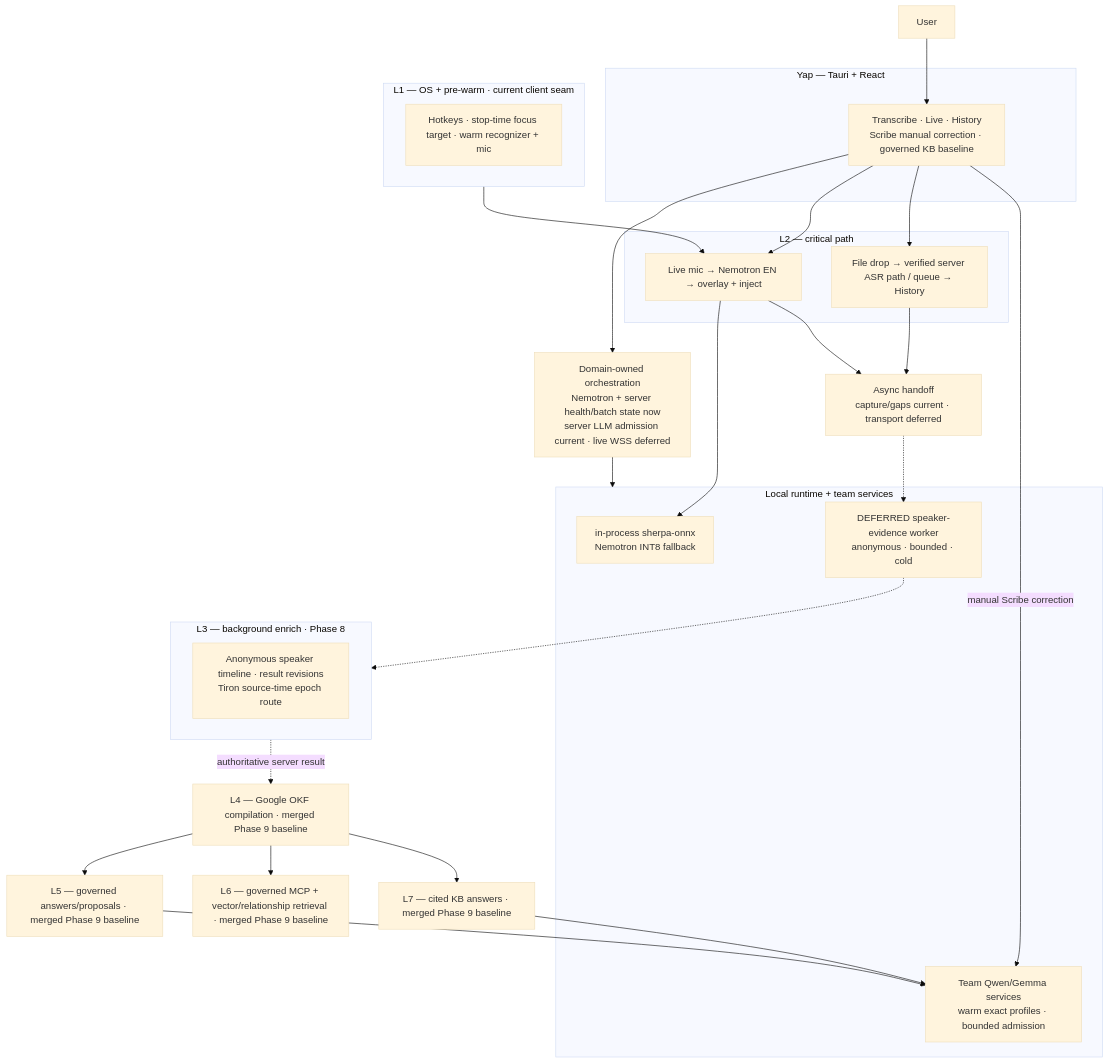
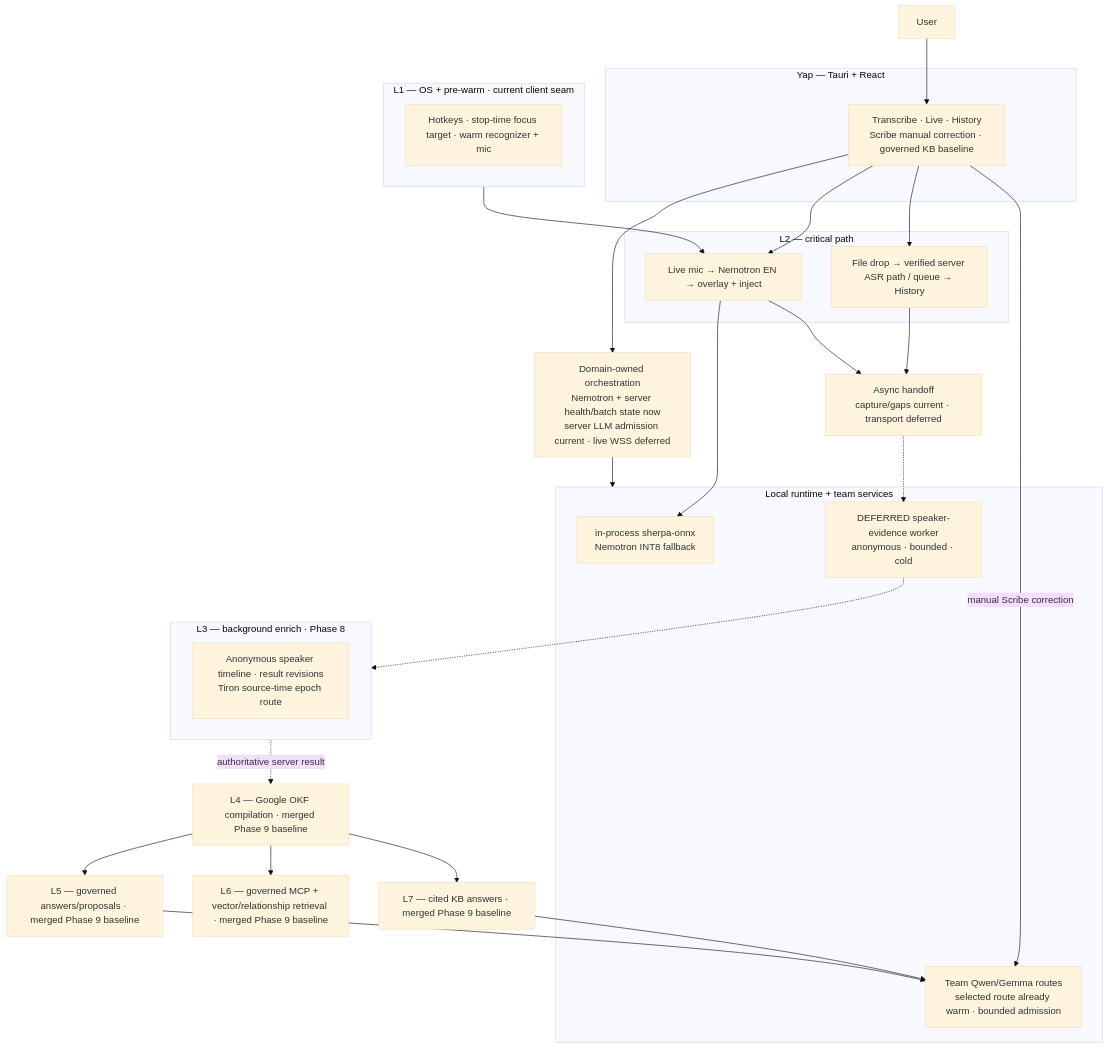
One commit to ZoOtMcNoOt/yap changed the first of 4 diagrams in docs/VOICE-OS-ARCHITECTURE.md. Above: the diagram before and after it, drawn with Mermaid (base theme). The commit also changed other lines of this file and 24 other files, not shown here.

````diff
--- a/docs/VOICE-OS-ARCHITECTURE.md
+++ b/docs/VOICE-OS-ARCHITECTURE.md
@@ -128,52 +128,52 @@
 ```mermaid
 flowchart TB
     User["User"]
 
     subgraph Yap["Yap — Tauri + React"]
         UI["Transcribe · Live · History<br/>Scribe manual correction · governed KB baseline"]
     end
 
     Orch["Domain-owned orchestration<br/>Nemotron + server health/batch state now<br/>server LLM admission current · live WSS deferred"]
 
     subgraph Sidecars["Local runtime + team services"]
         CR["in-process sherpa-onnx<br/>Nemotron INT8 fallback"]
-        LL["Team Qwen/Gemma services<br/>warm exact profiles · bounded admission"]
+        LL["Team Qwen/Gemma routes<br/>selected route already warm · bounded admission"]
         KW["DEFERRED speaker-evidence worker<br/>anonymous · bounded · cold"]
     end
 
     subgraph L1["L1 — OS + pre-warm · current client seam"]
         L1n["Hotkeys · stop-time focus target · warm recognizer + mic"]
     end
 
     subgraph L2["L2 — critical path"]
         Live["Live mic → Nemotron EN → overlay + inject"]
         Batch["File drop → verified server ASR path / queue → History"]
     end
 
     Handoff["Async handoff<br/>capture/gaps current · transport deferred"]
 
     subgraph L3["L3 — background enrich · Phase 8"]
         L3n["Anonymous speaker timeline · result revisions<br/>Tiron source-time epoch route"]
     end
 
     L4["L4 — Google OKF compilation · merged Phase 9 baseline"]
     L5["L5 — governed answers/proposals · merged Phase 9 baseline"]
     L6["L6 — governed MCP + vector/relationship retrieval · merged Phase 9 baseline"]
     L7["L7 — cited KB answers · merged Phase 9 baseline"]
 
     User --> UI --> Orch
     Orch --> Sidecars
     L1 --> Live
     UI --> Live
     UI --> Batch
     Live --> CR
     UI -->|manual Scribe correction| LL
     Live --> Handoff
     Batch --> Handoff
     Handoff -.-> KW
     KW -.-> L3
     L3 -.->|authoritative server result| L4
     L4 --> L5 & L6 & L7
     L5 --> LL
     L7 --> LL
 ```
````
